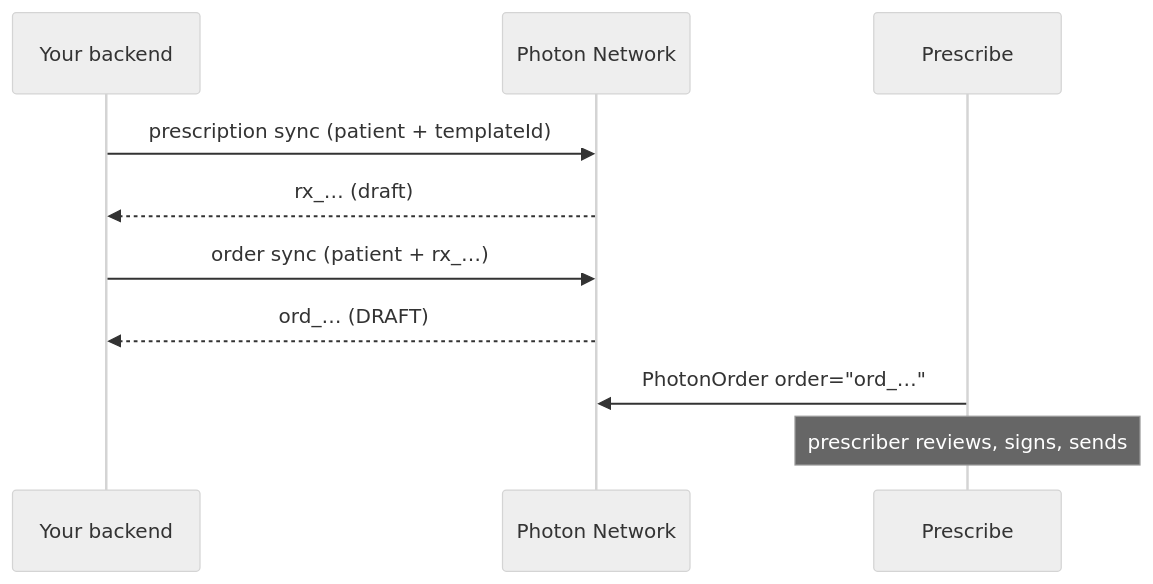
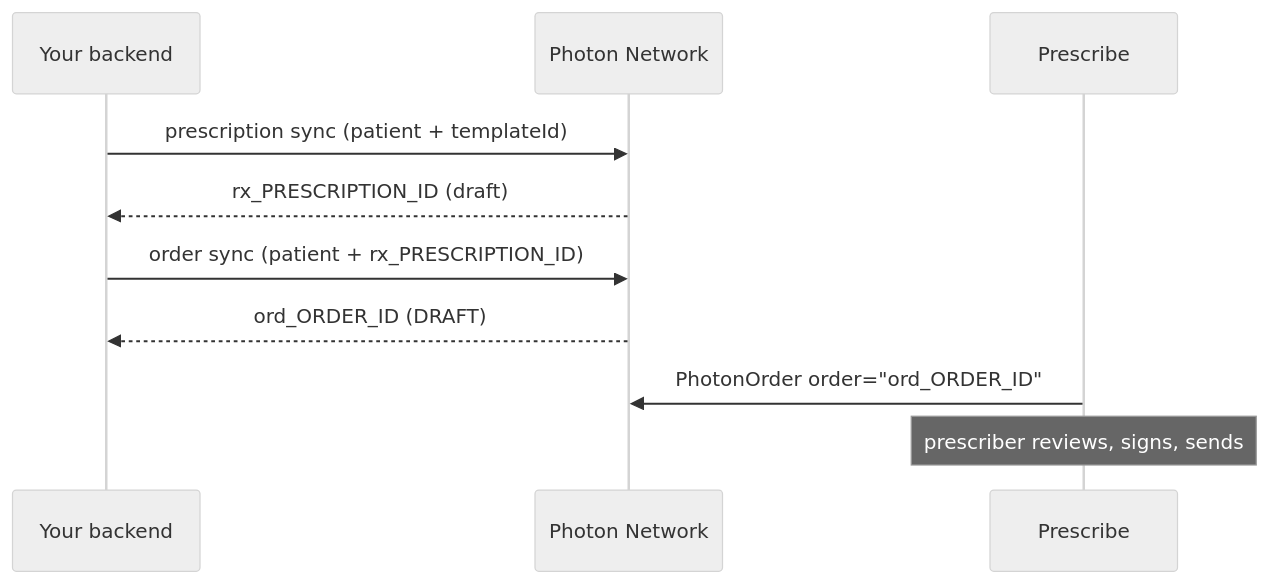
The diagram in integrations/one-click-orders.mdx (Photon-Health/docs), drawn with Mermaid (neutral theme) before and after one commit. The commit also changed other lines of this file and 29 other files, not shown here.

````diff
--- a/integrations/one-click-orders.mdx
+++ b/integrations/one-click-orders.mdx
@@ -10,12 +10,12 @@
 ```mermaid
 sequenceDiagram
   participant B as Your backend
   participant N as Photon Network
   participant F as Prescribe
   B->>N: prescription sync (patient + templateId)
-  N-->>B: rx_… (draft)
-  B->>N: order sync (patient + rx_…)
-  N-->>B: ord_… (DRAFT)
-  F->>N: PhotonOrder order="ord_…"
+  N-->>B: rx_PRESCRIPTION_ID (draft)
+  B->>N: order sync (patient + rx_PRESCRIPTION_ID)
+  N-->>B: ord_ORDER_ID (DRAFT)
+  F->>N: PhotonOrder order="ord_ORDER_ID"
   Note over F: prescriber reviews, signs, sends
 ```
````
